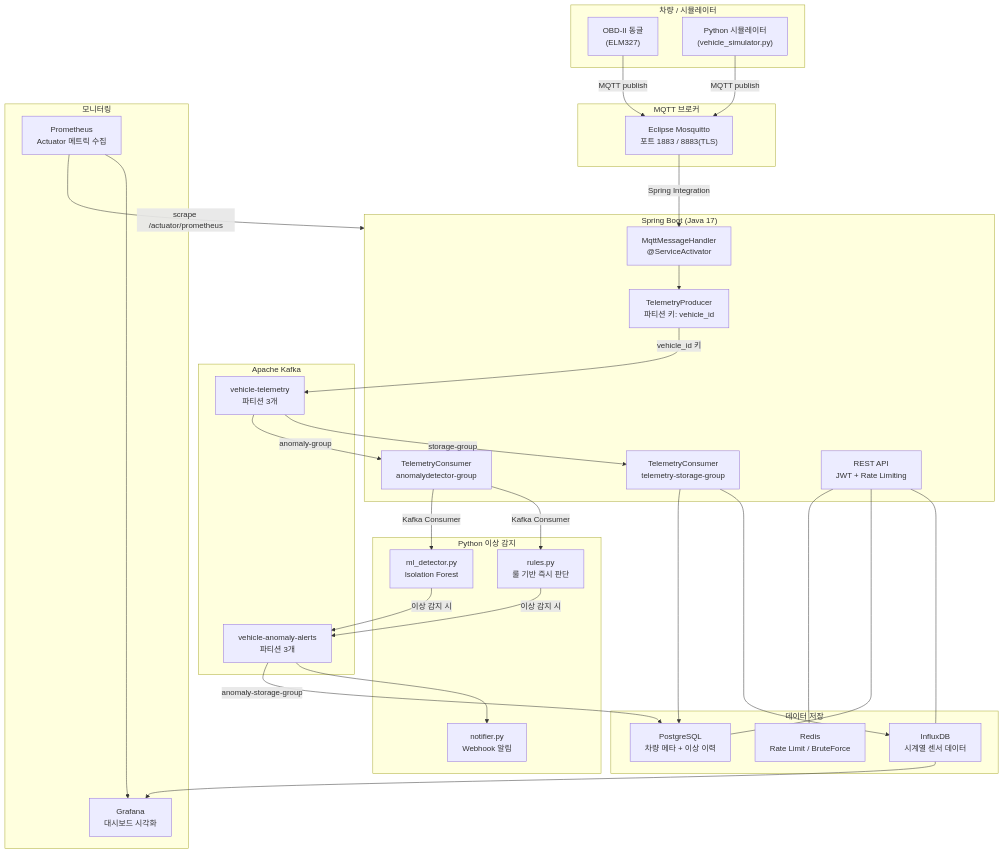
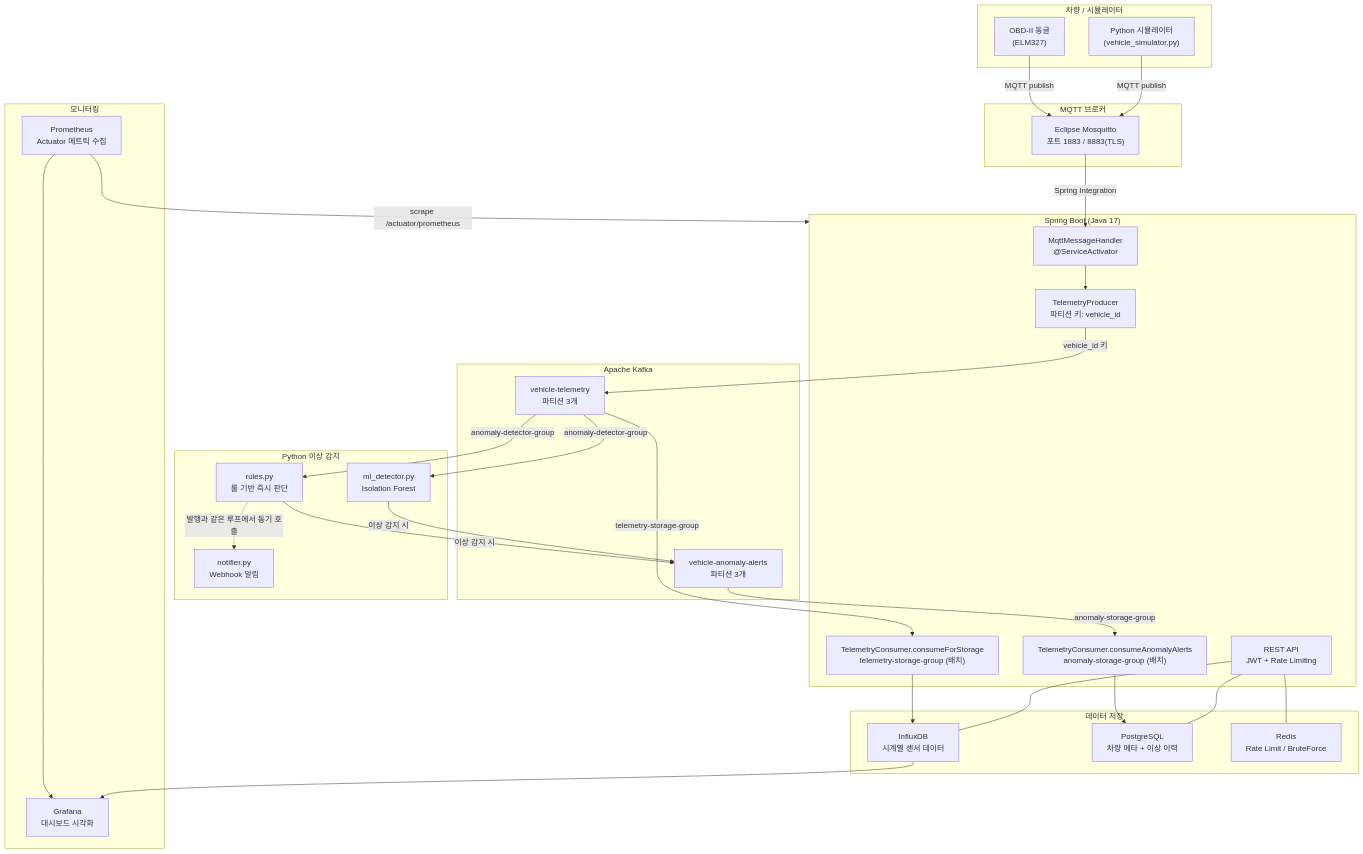
Before and after one commit to Seongwonp/vehicle-telemetry-platform: the diagram in README.md, drawn with Mermaid. The commit also changed other lines of this file and 6 other files, not shown here.

````diff
--- a/README.md
+++ b/README.md
@@ -21,68 +21,67 @@
 ```mermaid
 flowchart TD
     subgraph Vehicle["차량 / 시뮬레이터"]
         OBD["OBD-II 동글\n(ELM327)"]
         SIM["Python 시뮬레이터\n(vehicle_simulator.py)"]
     end
 
     subgraph Broker["MQTT 브로커"]
         MQ["Eclipse Mosquitto\n포트 1883 / 8883(TLS)"]
     end
 
     subgraph SpringBoot["Spring Boot (Java 17)"]
         MQTT_H["MqttMessageHandler\n@ServiceActivator"]
         PROD["TelemetryProducer\n파티션 키: vehicle_id"]
-        CONS_S["TelemetryConsumer\ntelemetry-storage-group"]
-        CONS_A["TelemetryConsumer\nanomalydetector-group"]
+        CONS_S["TelemetryConsumer.consumeForStorage\ntelemetry-storage-group (배치)"]
+        CONS_AL["TelemetryConsumer.consumeAnomalyAlerts\nanomaly-storage-group (배치)"]
         API["REST API\nJWT + Rate Limiting"]
     end
 
     subgraph Kafka["Apache Kafka"]
         T1["vehicle-telemetry\n파티션 3개"]
         T2["vehicle-anomaly-alerts\n파티션 3개"]
     end
 
     subgraph Storage["데이터 저장"]
         INFLUX["InfluxDB\n시계열 센서 데이터"]
         PG["PostgreSQL\n차량 메타 + 이상 이력"]
         REDIS["Redis\nRate Limit / BruteForce"]
     end
 
     subgraph AnomalyDetector["Python 이상 감지"]
         RULES["rules.py\n룰 기반 즉시 판단"]
         ML["ml_detector.py\nIsolation Forest"]
         NOTIFY["notifier.py\nWebhook 알림"]
     end
 
     subgraph Monitoring["모니터링"]
         PROM["Prometheus\nActuator 메트릭 수집"]
         GRAFANA["Grafana\n대시보드 시각화"]
     end
 
     OBD -->|"MQTT publish"| MQ
     SIM -->|"MQTT publish"| MQ
     MQ -->|"Spring Integration"| MQTT_H
     MQTT_H --> PROD
     PROD -->|"vehicle_id 키"| T1
 
-    T1 -->|"storage-group"| CONS_S
-    T1 -->|"anomaly-group"| CONS_A
+    T1 -->|"telemetry-storage-group"| CONS_S
+    T1 -->|"anomaly-detector-group"| RULES
+    T1 -->|"anomaly-detector-group"| ML
 
     CONS_S --> INFLUX
-    CONS_S --> PG
 
-    CONS_A -->|"Kafka Consumer"| RULES
-    CONS_A -->|"Kafka Consumer"| ML
     RULES -->|"이상 감지 시"| T2
     ML -->|"이상 감지 시"| T2
-    T2 --> NOTIFY
-    T2 -->|"anomaly-storage-group"| PG
+    RULES -.->|"발행과 같은 루프에서 동기 호출"| NOTIFY
+    T2 -->|"anomaly-storage-group"| CONS_AL
+    CONS_AL --> PG
 
     API --- INFLUX
     API --- PG
     API --- REDIS
 
     PROM -->|"scrape /actuator/prometheus"| SpringBoot
     PROM --> GRAFANA
     INFLUX --> GRAFANA
 ```
````
